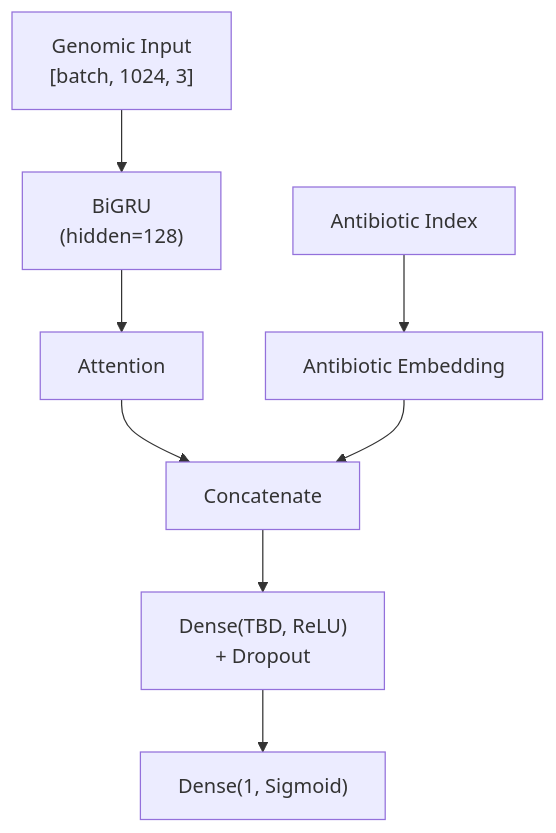
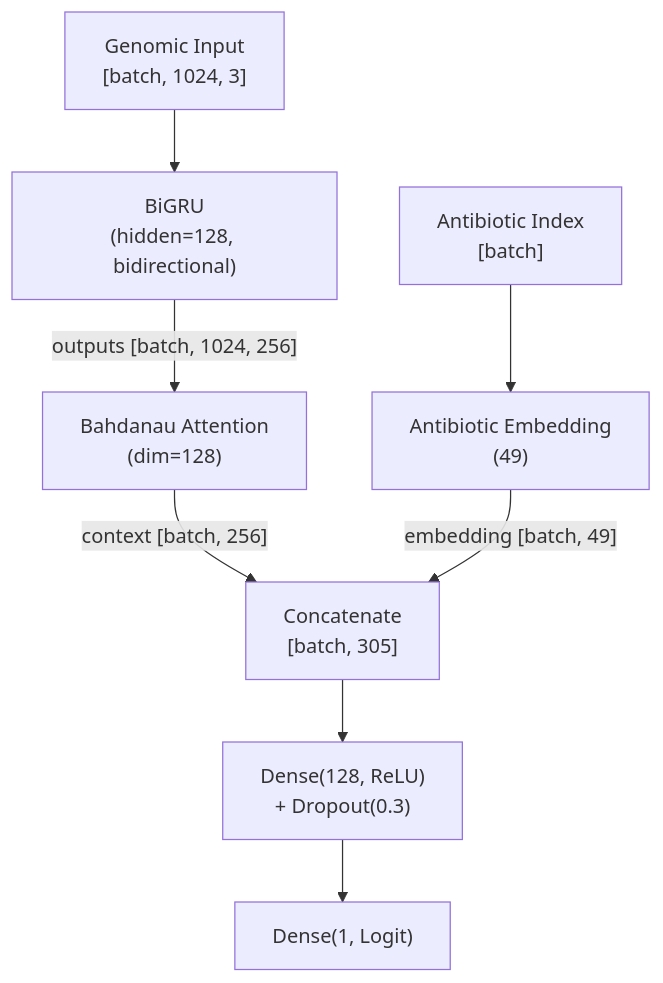
Before and after one commit to sebastianrodriguez1115/neural-networks-project: the second of 4 diagrams in docs/4_models.md, drawn with Mermaid. The commit also changed other lines of this file and 79 other files, not shown here.

First line of the commit message:
feat: implement and optimize Token BiGRU architecture (Phase 5)

````diff
--- a/docs/4_models.md
+++ b/docs/4_models.md
@@ -77,19 +77,19 @@
 ```mermaid
 graph TD
     GIn["Genomic Input<br/>[batch, 1024, 3]"]
-    AIn["Antibiotic Index"]
-    Emb["Antibiotic Embedding"]
-    RNN["BiGRU<br/>(hidden=128)"]
-    Att["Attention"]
-    Cat["Concatenate"]
-    L1["Dense(TBD, ReLU)<br/>+ Dropout"]
-    L2["Dense(1, Sigmoid)"]
+    AIn["Antibiotic Index<br/>[batch]"]
+    Emb["Antibiotic Embedding<br/>(49)"]
+    RNN["BiGRU<br/>(hidden=128, bidirectional)"]
+    Att["Bahdanau Attention<br/>(dim=128)"]
+    Cat["Concatenate<br/>[batch, 305]"]
+    L1["Dense(128, ReLU)<br/>+ Dropout(0.3)"]
+    L2["Dense(1, Logit)"]
 
     GIn --> RNN
-    RNN --> Att
-    Att --> Cat
+    RNN -->|"outputs [batch, 1024, 256]"| Att
+    Att -->|"context [batch, 256]"| Cat
     AIn --> Emb
-    Emb --> Cat
+    Emb -->|"embedding [batch, 49]"| Cat
     Cat --> L1
     L1 --> L2
 ```
````
